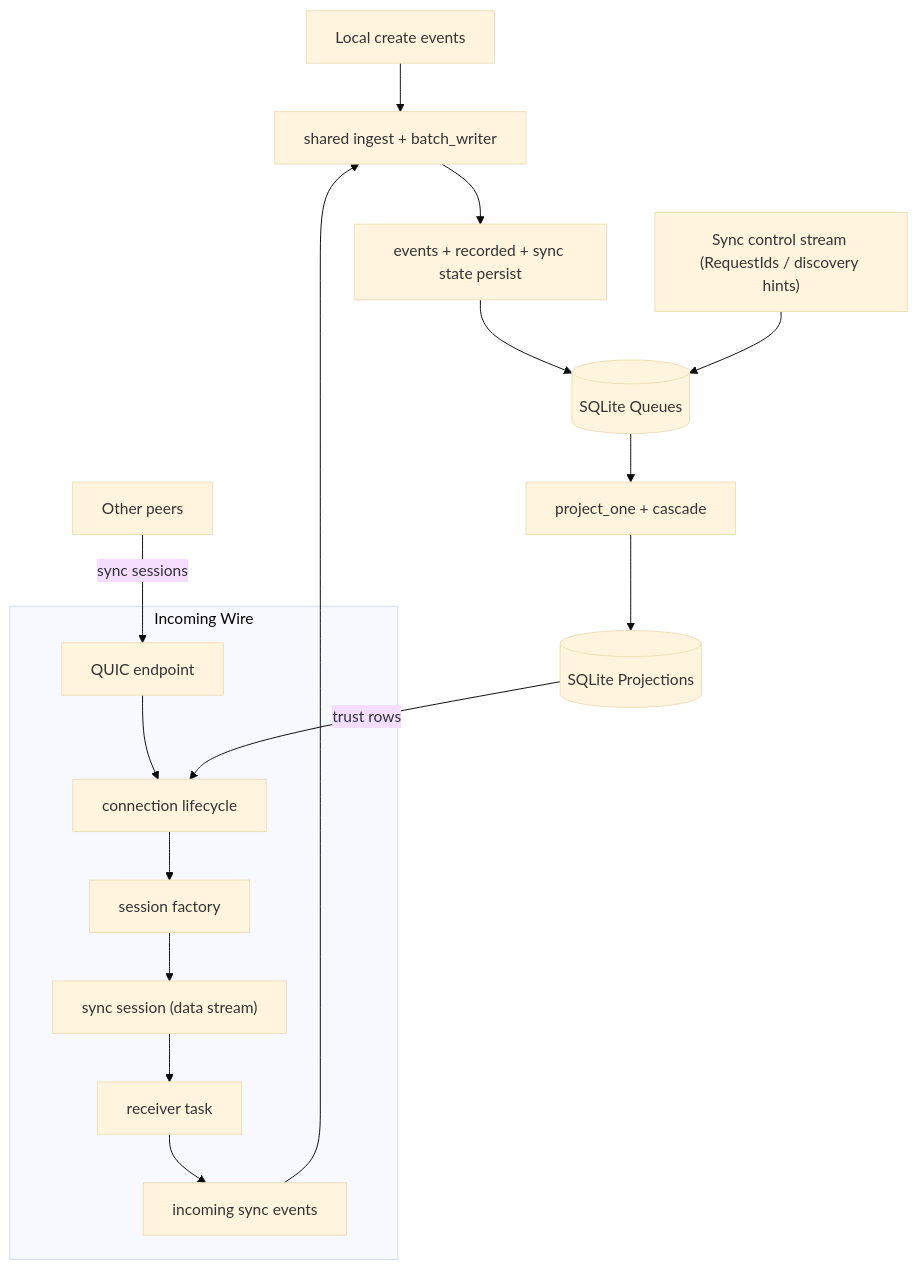
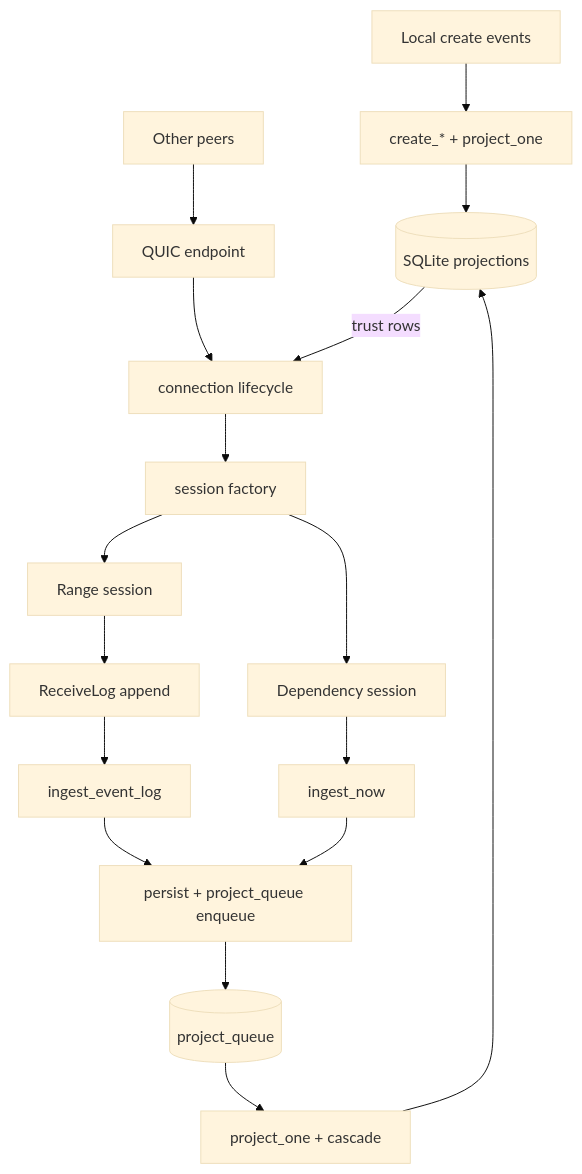
The second of 8 diagrams in docs/DESIGN_DIAGRAMS.md (holmesworcester/topo), drawn with Mermaid (base theme) before and after one commit. The commit also changed other lines of this file and 3 other files, not shown here.

Commit message:
Align docs with range-owned sync runtime

````diff
--- a/docs/DESIGN_DIAGRAMS.md
+++ b/docs/DESIGN_DIAGRAMS.md
@@ -41,22 +39,23 @@
 ```mermaid
 flowchart TD
-    LOCAL["Local create events"] --> INGEST["shared ingest + batch_writer"]
-    OTHERS["Other peers"] -->|"sync sessions"| EP
+    LOCAL["Local create events"] --> CREATE["create_* + project_one"]
+    CREATE --> PDB[("SQLite projections")]
 
-    subgraph NET["Incoming Wire"]
-      EP["QUIC endpoint"] --> LIFE["connection lifecycle"]
-      LIFE --> FACT["session factory"]
-      FACT --> SESS["sync session (data stream)"]
-      SESS --> RECV["receiver task"]
-      RECV --> INCOMING["incoming sync events"]
-    end
+    OTHERS["Other peers"] --> EP["QUIC endpoint"]
+    EP --> LIFE["connection lifecycle"]
+    LIFE --> FACT["session factory"]
+    FACT --> RANGE["Range session"]
+    FACT --> DEP["Dependency session"]
 
-    INCOMING --> INGEST
-    INGEST --> STORE["events + recorded + sync state persist"]
-    STORE --> QDB[("SQLite Queues")]
+    RANGE --> LOG["ReceiveLog append"]
+    LOG --> INGEST["ingest_event_log"]
+    DEP --> NOW["ingest_now"]
+
+    INGEST --> STORE["persist + project_queue enqueue"]
+    NOW --> STORE
+    STORE --> QDB[("project_queue")]
     QDB --> APPLY["project_one + cascade"]
-    APPLY --> PDB[("SQLite Projections")]
+    APPLY --> PDB
 
-    CTRL["Sync control stream (RequestIds / discovery hints)"] --> QDB
     PDB -->|trust rows| LIFE
 ```
````
